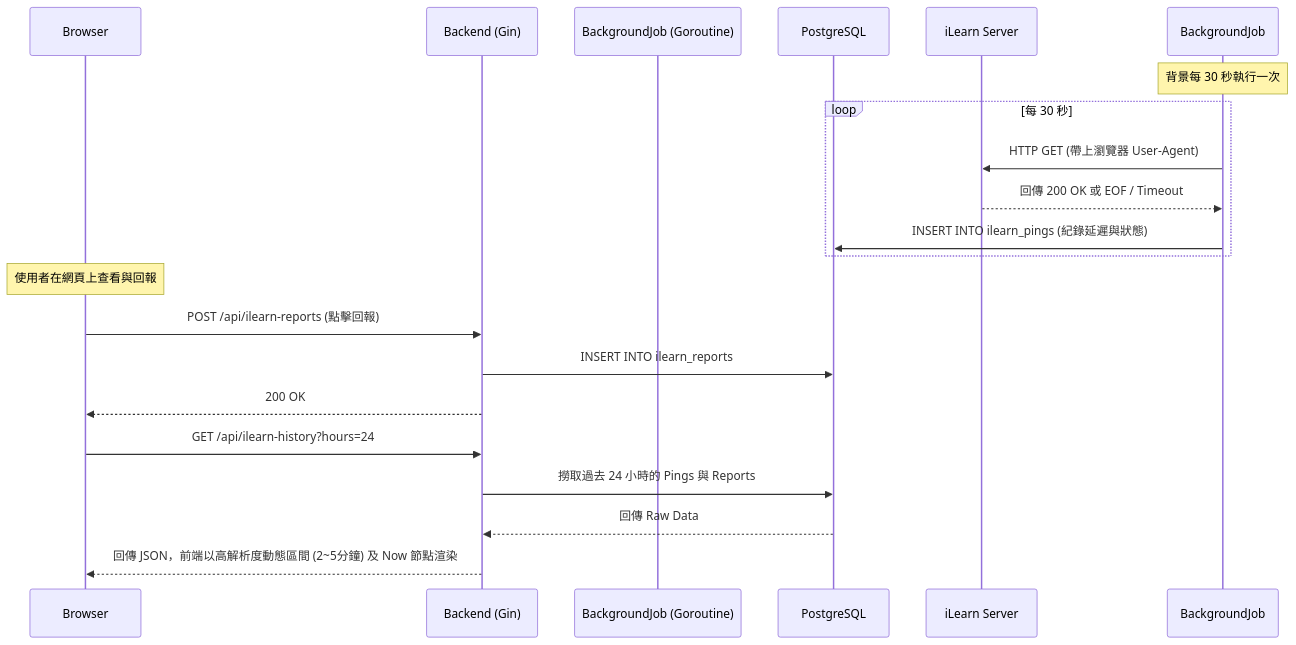
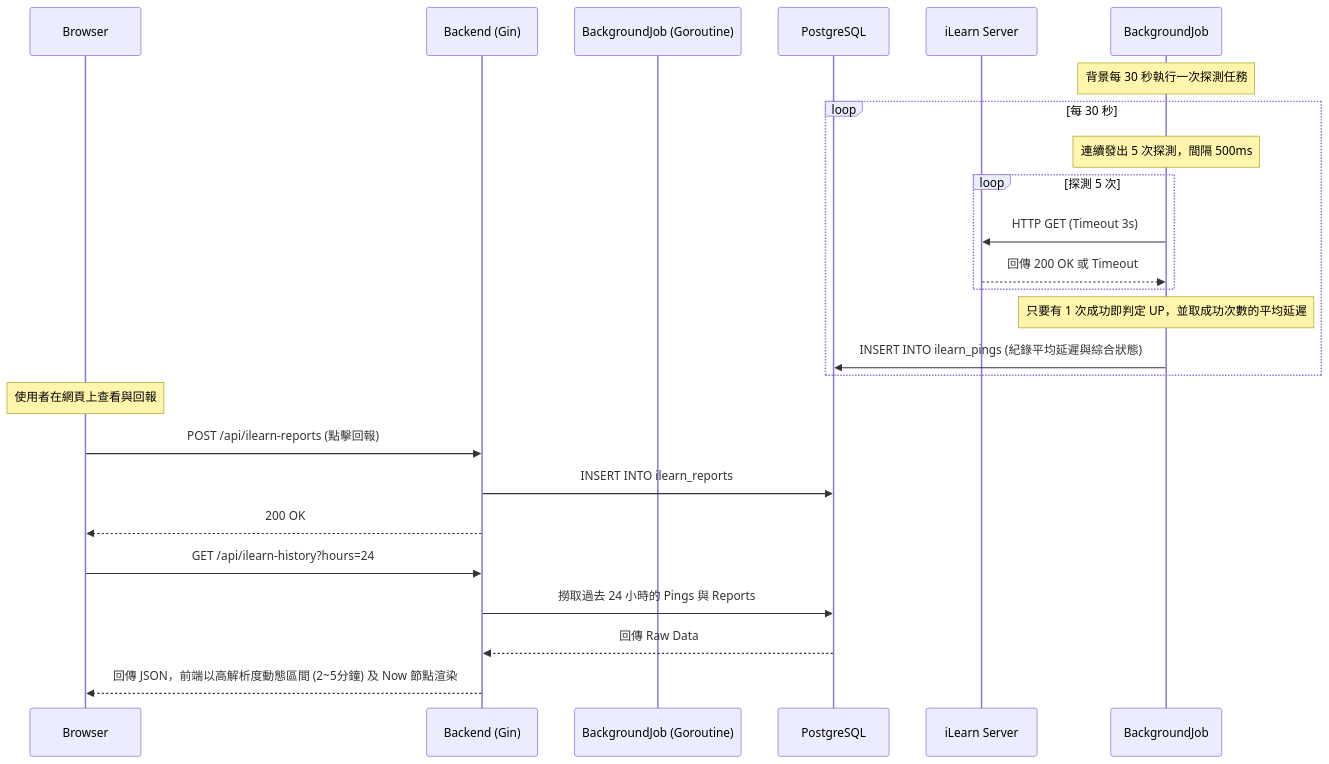
One commit to CCCClearType/Auror changed the diagram in architecture/03_backend_architecture.md. Above: the diagram before and after it, drawn with Mermaid. The commit also changed 3 other files, not shown here.

````diff
--- a/architecture/03_backend_architecture.md
+++ b/architecture/03_backend_architecture.md
@@ -101,25 +101,29 @@
 ```mermaid
 sequenceDiagram
     participant Browser
     participant Backend (Gin)
     participant BackgroundJob (Goroutine)
     participant PostgreSQL
     participant iLearn Server
 
-    Note over BackgroundJob: 背景每 30 秒執行一次
+    Note over BackgroundJob: 背景每 30 秒執行一次探測任務
     loop 每 30 秒
-        BackgroundJob->>iLearn Server: HTTP GET (帶上瀏覽器 User-Agent)
-        iLearn Server-->>BackgroundJob: 回傳 200 OK 或 EOF / Timeout
-        BackgroundJob->>PostgreSQL: INSERT INTO ilearn_pings (紀錄延遲與狀態)
+        Note over BackgroundJob: 連續發出 5 次探測，間隔 500ms
+        loop 探測 5 次
+            BackgroundJob->>iLearn Server: HTTP GET (Timeout 3s)
+            iLearn Server-->>BackgroundJob: 回傳 200 OK 或 Timeout
+        end
+        Note over BackgroundJob: 只要有 1 次成功即判定 UP，並取成功次數的平均延遲
+        BackgroundJob->>PostgreSQL: INSERT INTO ilearn_pings (紀錄平均延遲與綜合狀態)
     end
 
     Note over Browser: 使用者在網頁上查看與回報
     Browser->>Backend (Gin): POST /api/ilearn-reports (點擊回報)
     Backend (Gin)->>PostgreSQL: INSERT INTO ilearn_reports
     Backend (Gin)-->>Browser: 200 OK
     
     Browser->>Backend (Gin): GET /api/ilearn-history?hours=24
     Backend (Gin)->>PostgreSQL: 撈取過去 24 小時的 Pings 與 Reports
     PostgreSQL-->>Backend (Gin): 回傳 Raw Data
     Backend (Gin)-->>Browser: 回傳 JSON，前端以高解析度動態區間 (2~5分鐘) 及 Now 節點渲染
 ```
````
